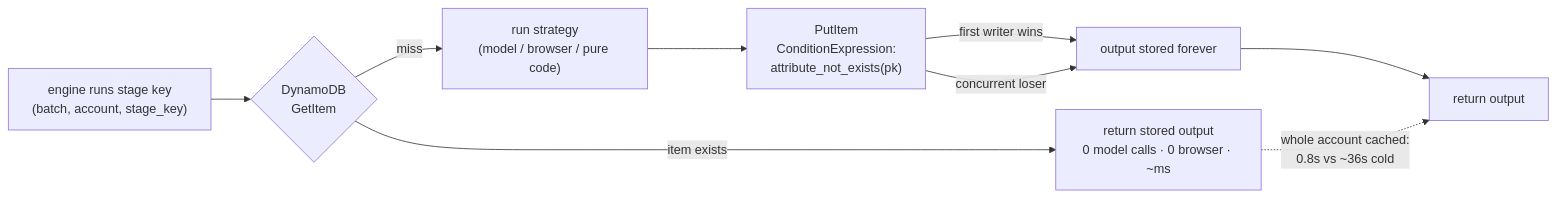
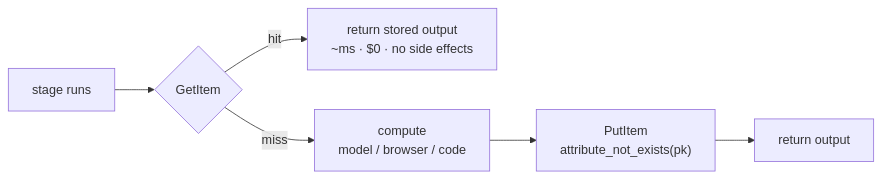
The fifth of 7 diagrams in docs/DIAGRAMS.md (eddie5086/ejs-sales-agents-poc2), drawn with Mermaid before and after one commit. The commit also changed other lines of this file and 2 other files, not shown here.

First line of the commit message:
Fix diagram legibility: render 1:1, terse labels, breakout figures

````diff
--- a/docs/DIAGRAMS.md
+++ b/docs/DIAGRAMS.md
@@ -155,12 +147,8 @@
 ```mermaid
 flowchart LR
-    RUN["engine runs stage key\n(batch, account, stage_key)"] --> GET{"DynamoDB\nGetItem"}
-    GET -->|"item exists"| CACHED["return stored output\n0 model calls · 0 browser · ~ms"]
-    GET -->|miss| COMPUTE["run strategy\n(model / browser / pure code)"]
-    COMPUTE --> PUT["PutItem\nConditionExpression:\nattribute_not_exists(pk)"]
-    PUT -->|"first writer wins"| OK["output stored forever"]
-    PUT -->|"concurrent loser"| OK
-    OK --> RET["return output"]
-
-    CACHED -.->|"whole account cached:\n0.8s vs ~36s cold"| RET
+    RUN["stage runs"] --> GET{"GetItem"}
+    GET -->|hit| HIT["return stored output\n~ms · $0 · no side effects"]
+    GET -->|miss| C["compute\nmodel / browser / code"]
+    C --> PUT["PutItem\nattribute_not_exists(pk)"]
+    PUT --> RET["return output"]
 ```
````
